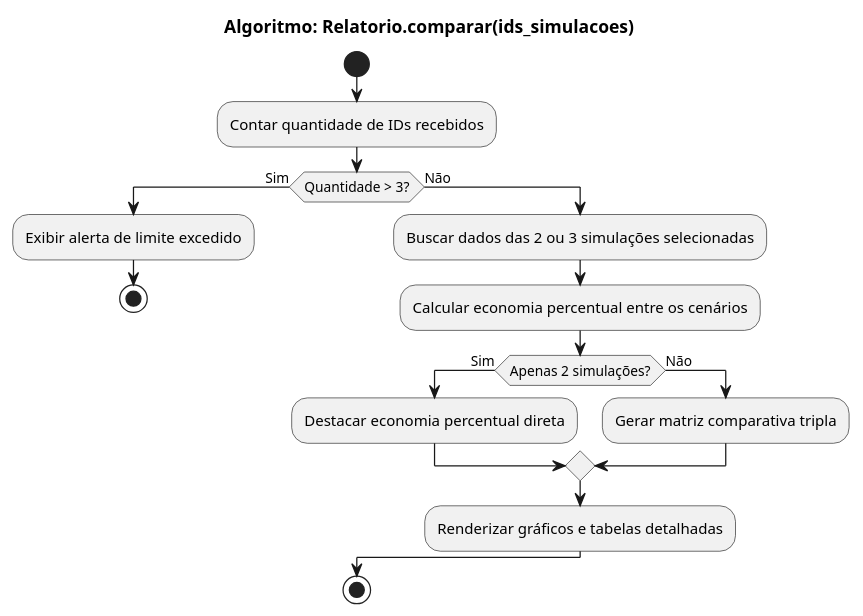
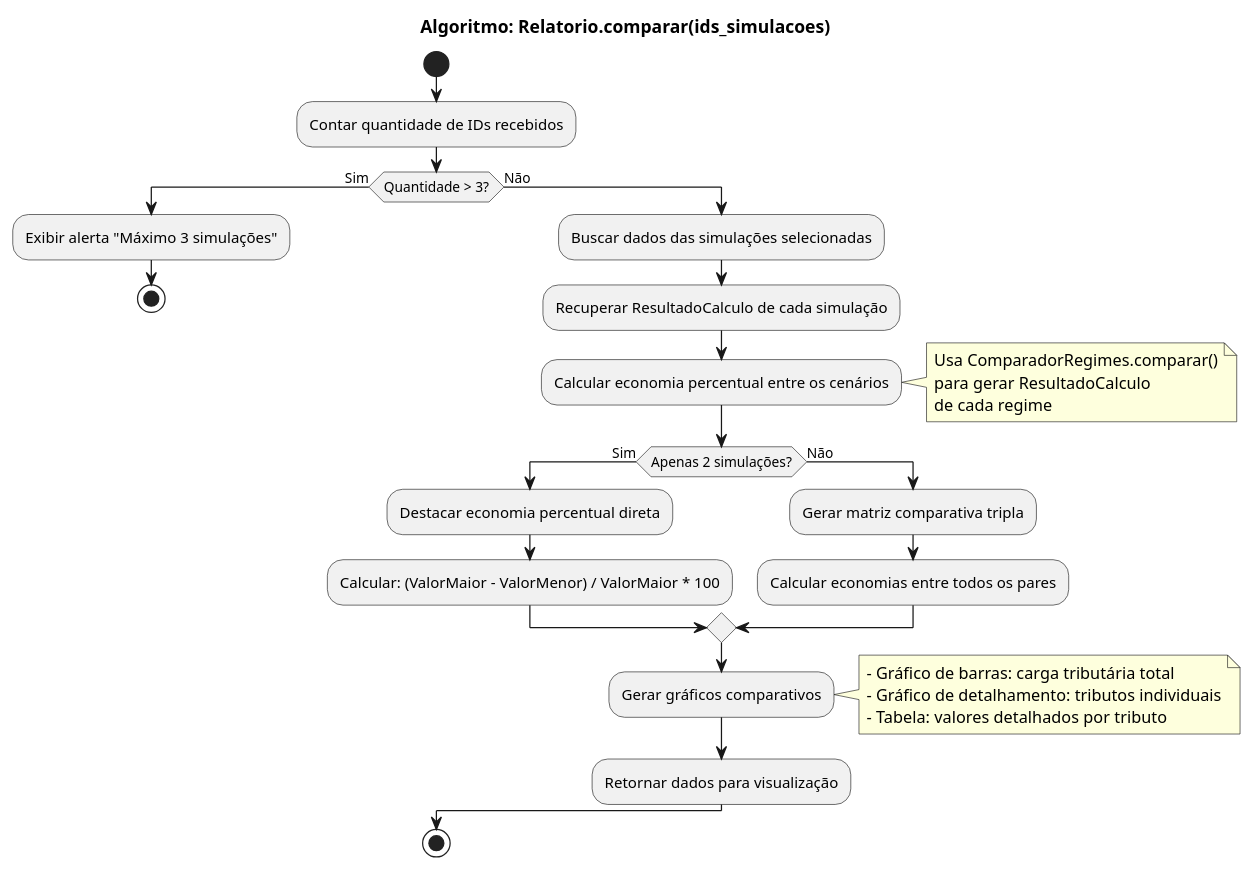
One commit to araujofs/sst changed the diagram in specs/diagrams/classes/metodos/relatorio/compararRelatorio.puml. Above: the diagram before and after it, drawn with PlantUML. The commit also changed 6 other files, not shown here.

Commit message:
feat: corrige diagramas de gabriel

```diff
--- a/specs/diagrams/classes/metodos/relatorio/compararRelatorio.puml
+++ b/specs/diagrams/classes/metodos/relatorio/compararRelatorio.puml
@@ -1,19 +1,33 @@
 @startuml
 title Algoritmo: Relatorio.comparar(ids_simulacoes)
 start
 :Contar quantidade de IDs recebidos;
 if (Quantidade > 3?) then (Sim)
-    :Exibir alerta de limite excedido;
+    :Exibir alerta "Máximo 3 simulações";
     stop
 else (Não)
-    :Buscar dados das 2 ou 3 simulações selecionadas;
+    :Buscar dados das simulações selecionadas;
+    :Recuperar ResultadoCalculo de cada simulação;
     :Calcular economia percentual entre os cenários;
+    note right
+      Usa ComparadorRegimes.comparar()
+      para gerar ResultadoCalculo
+      de cada regime
+    end note
     if (Apenas 2 simulações?) then (Sim)
         :Destacar economia percentual direta;
+        :Calcular: (ValorMaior - ValorMenor) / ValorMaior * 100;
     else (Não)
         :Gerar matriz comparativa tripla;
+        :Calcular economias entre todos os pares;
     endif
-    :Renderizar gráficos e tabelas detalhadas;
+    :Gerar gráficos comparativos;
+    note right
+      - Gráfico de barras: carga tributária total
+      - Gráfico de detalhamento: tributos individuais
+      - Tabela: valores detalhados por tributo
+    end note
+    :Retornar dados para visualização;
 endif
 stop
 @enduml
```
